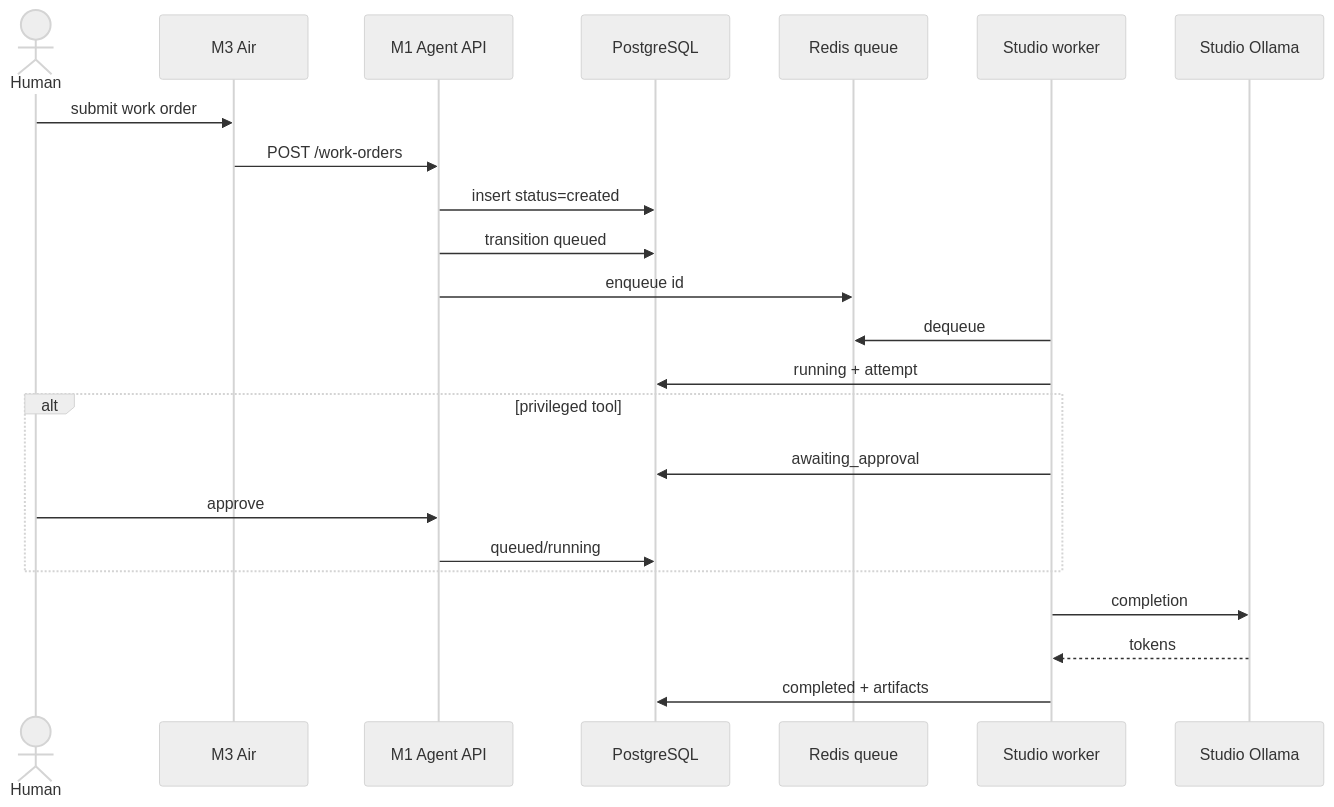
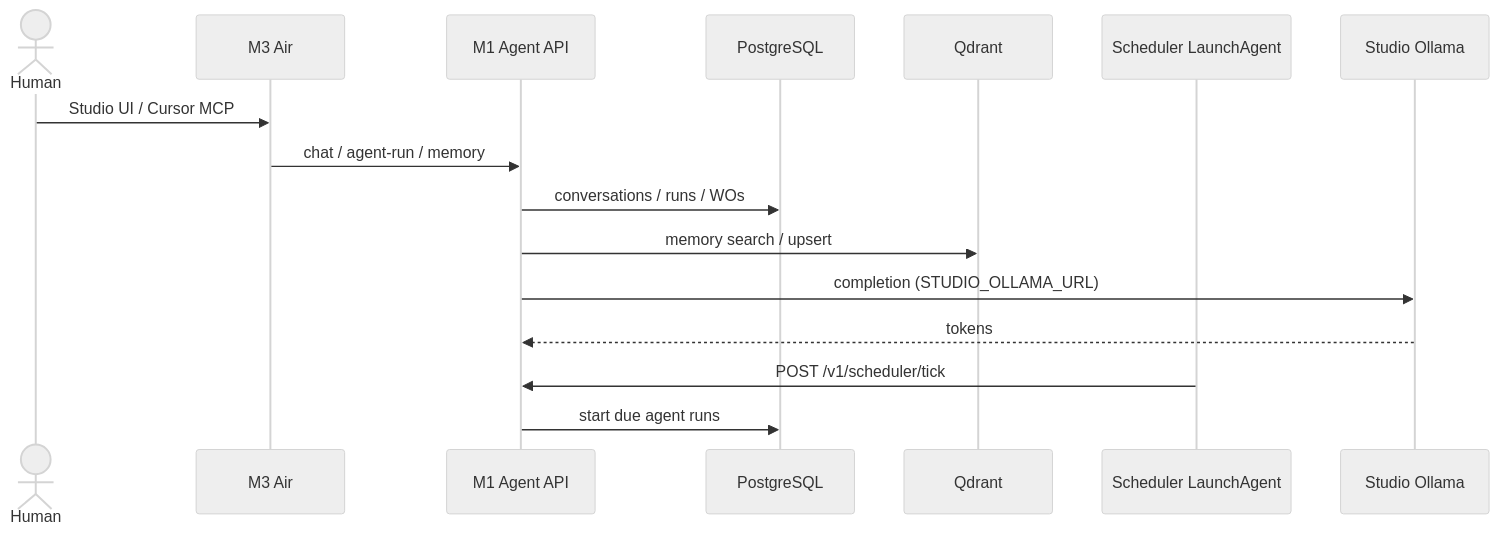
One commit to sgerhart/ai-lab changed the first of 2 diagrams in docs/architecture/data-flows.md. Above: the diagram before and after it, drawn with Mermaid (neutral theme). The commit also changed other lines of this file and 35 other files, not shown here.

First line of the commit message:
Align architecture with live mini/Studio path and ship operator tooling.

````diff
--- a/docs/architecture/data-flows.md
+++ b/docs/architecture/data-flows.md
@@ -5,25 +9,18 @@
 ```mermaid
 sequenceDiagram
   actor Human
   participant Air as M3 Air
   participant API as M1 Agent API
   participant PG as PostgreSQL
-  participant Redis as Redis queue
-  participant Worker as Studio worker
+  participant Q as Qdrant
+  participant Tick as Scheduler LaunchAgent
   participant LLM as Studio Ollama
-  Human->>Air: submit work order
-  Air->>API: POST /work-orders
-  API->>PG: insert status=created
-  API->>PG: transition queued
-  API->>Redis: enqueue id
-  Worker->>Redis: dequeue
-  Worker->>PG: running + attempt
-  alt privileged tool
-    Worker->>PG: awaiting_approval
-    Human->>API: approve
-    API->>PG: queued/running
-  end
-  Worker->>LLM: completion
-  LLM-->>Worker: tokens
-  Worker->>PG: completed + artifacts
+  Human->>Air: Studio UI / Cursor MCP
+  Air->>API: chat / agent-run / memory
+  API->>PG: conversations / runs / WOs
+  API->>Q: memory search / upsert
+  API->>LLM: completion (STUDIO_OLLAMA_URL)
+  LLM-->>API: tokens
+  Tick->>API: POST /v1/scheduler/tick
+  API->>PG: start due agent runs
 ```
````
